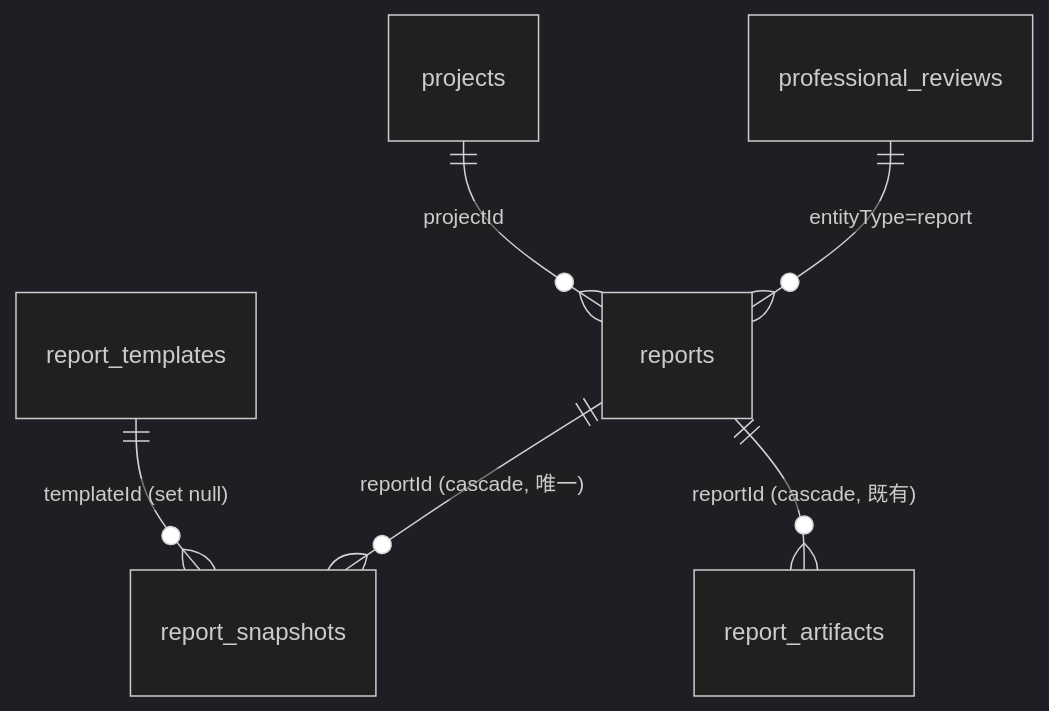
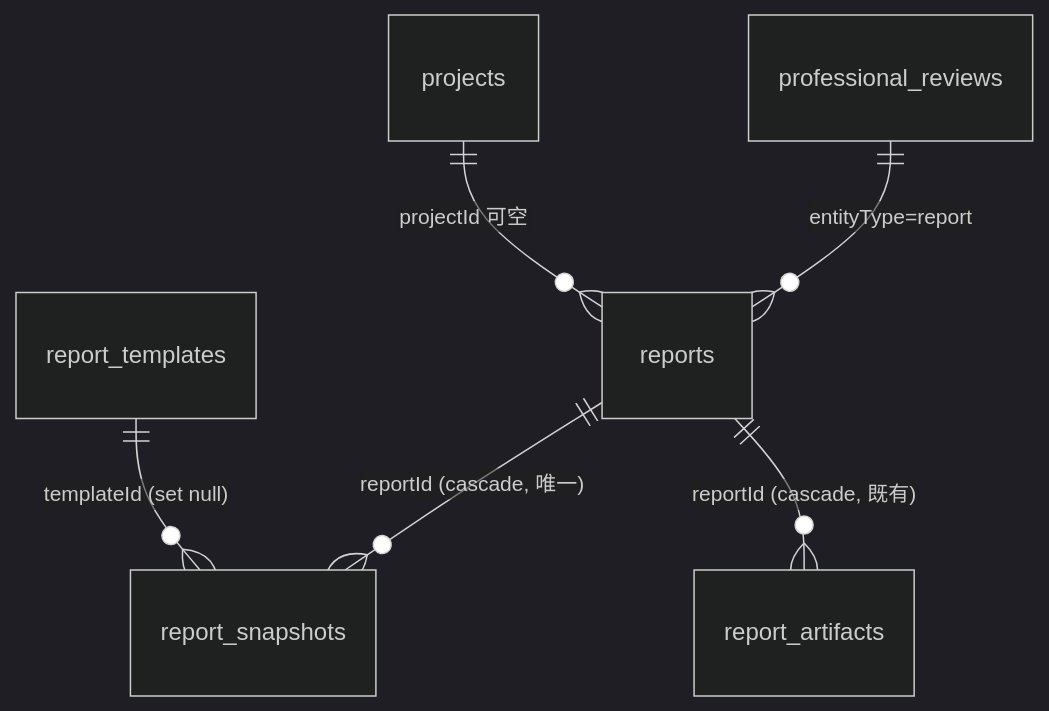
Before and after one commit to Yacj/lg-vicp: the first of 2 diagrams in backend/docs/reports/README.md, drawn with Mermaid (dark theme). The commit also changed other lines of this file and 40 other files, not shown here.

````diff
--- a/backend/docs/reports/README.md
+++ b/backend/docs/reports/README.md
@@ -7,8 +7,8 @@
 ```mermaid
 erDiagram
     report_templates ||--o{ report_snapshots : "templateId (set null)"
     reports ||--o{ report_snapshots : "reportId (cascade, 唯一)"
     reports ||--o{ report_artifacts : "reportId (cascade, 既有)"
-    projects ||--o{ reports : "projectId"
+    projects ||--o{ reports : "projectId 可空"
     professional_reviews ||--o{ reports : "entityType=report"
 ```
````
